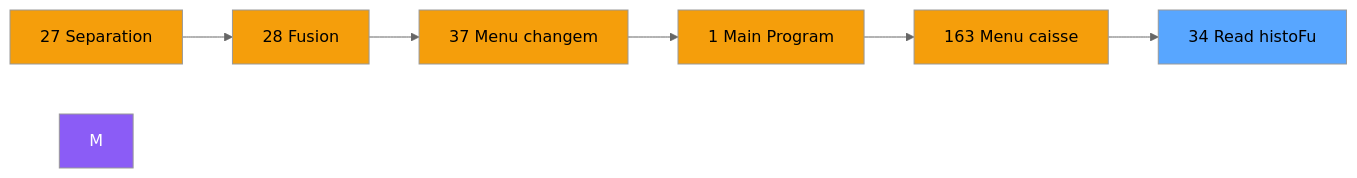
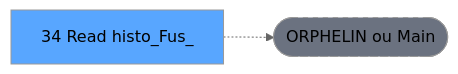
Before and after one commit to thonyAGP/lecteur-magic: the second of 3 diagrams in .openspec/renders/ADH-IDE-34.md, drawn with Mermaid (neutral theme). The commit also changed other lines of this file and 701 other files, not shown here.

````diff
--- a/.openspec/renders/ADH-IDE-34.md
+++ b/.openspec/renders/ADH-IDE-34.md
@@ -107,21 +117,8 @@
 ```mermaid
 graph LR
-    N27[27 Separation]
-    N28[28 Fusion]
-    N37[37 Menu changem]
-    N1[1 Main Program]
-    N163[163 Menu caisse ]
-    T[34 Read histoFu]
-    N27 --> N28
-    N28 --> N37
-    N37 --> N1
-    N1 --> N163
-    N163 --> T
-    style M fill:#8b5cf6,color:#fff
-    style N27 fill:#f59e0b
-    style N28 fill:#f59e0b
-    style N37 fill:#f59e0b
-    style N1 fill:#f59e0b
-    style N163 fill:#f59e0b
+    T[34 Read histo_Fus_]
+    ORPHAN([ORPHELIN ou Main])
+    T -.-> ORPHAN
     style T fill:#58a6ff,color:#000
+    style ORPHAN fill:#6b7280,stroke-dasharray: 5 5
 ```
````
